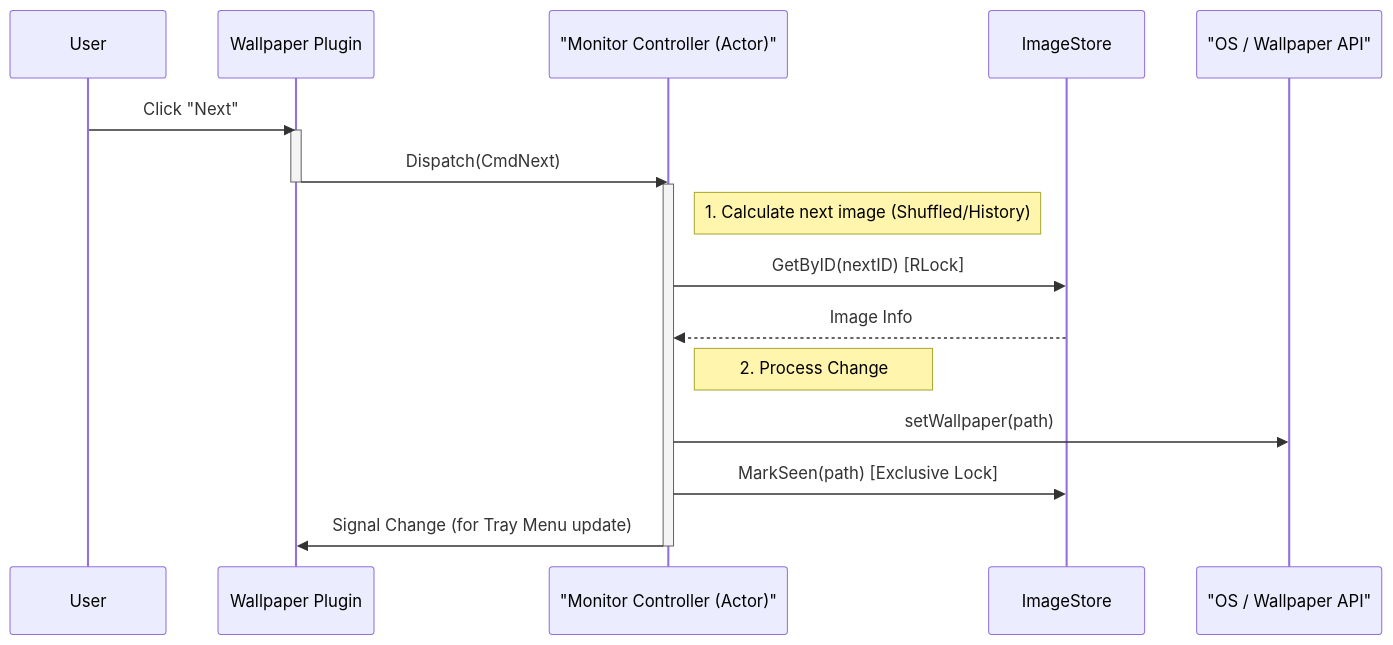
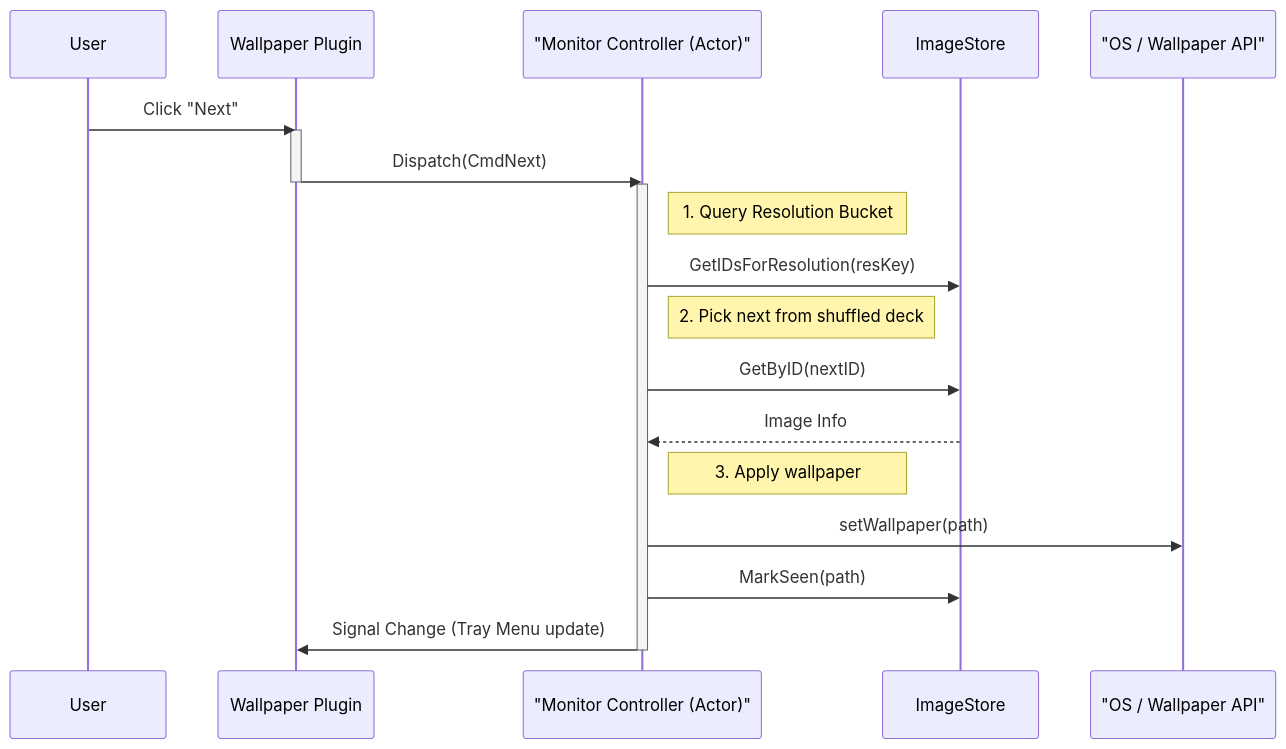
The fourth of 7 diagrams in docs/architecture.md (dixieflatline76/Spice), drawn with Mermaid before and after one commit. The commit also changed other lines of this file and 2 other files, not shown here.

First line of the commit message:
docs: restructure into single-source-of-truth architecture

````diff
--- a/docs/architecture.md
+++ b/docs/architecture.md
@@ -178,24 +160,26 @@
 ```mermaid
 sequenceDiagram
     participant User
     participant Plugin as Wallpaper Plugin
     participant MC as "Monitor Controller (Actor)"
     participant Store as ImageStore
     participant OS as "OS / Wallpaper API"
 
     User->>Plugin: Click "Next"
     activate Plugin
     Plugin->>MC: Dispatch(CmdNext)
     deactivate Plugin
     
     activate MC
-    Note right of MC: 1. Calculate next image (Shuffled/History)
-    MC->>Store: GetByID(nextID) [RLock]
+    Note right of MC: 1. Query Resolution Bucket
+    MC->>Store: GetIDsForResolution(resKey)
+    Note right of MC: 2. Pick next from shuffled deck
+    MC->>Store: GetByID(nextID)
     Store-->>MC: Image Info
     
-    Note right of MC: 2. Process Change
+    Note right of MC: 3. Apply wallpaper
     MC->>OS: setWallpaper(path)
-    MC->>Store: MarkSeen(path) [Exclusive Lock]
-    MC->>Plugin: Signal Change (for Tray Menu update)
+    MC->>Store: MarkSeen(path)
+    MC->>Plugin: Signal Change (Tray Menu update)
     deactivate MC
 ```
````
